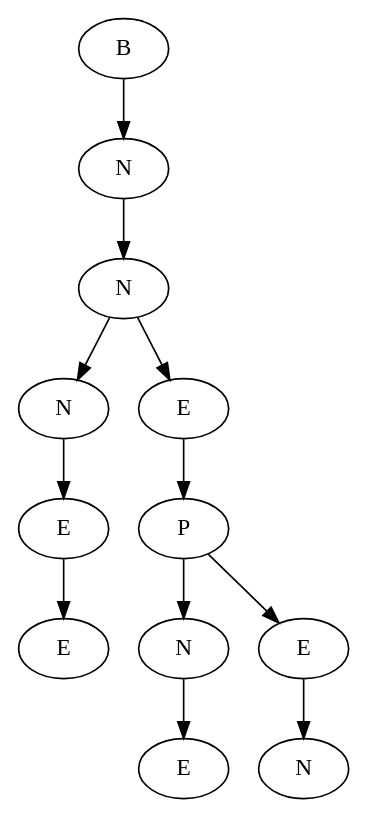
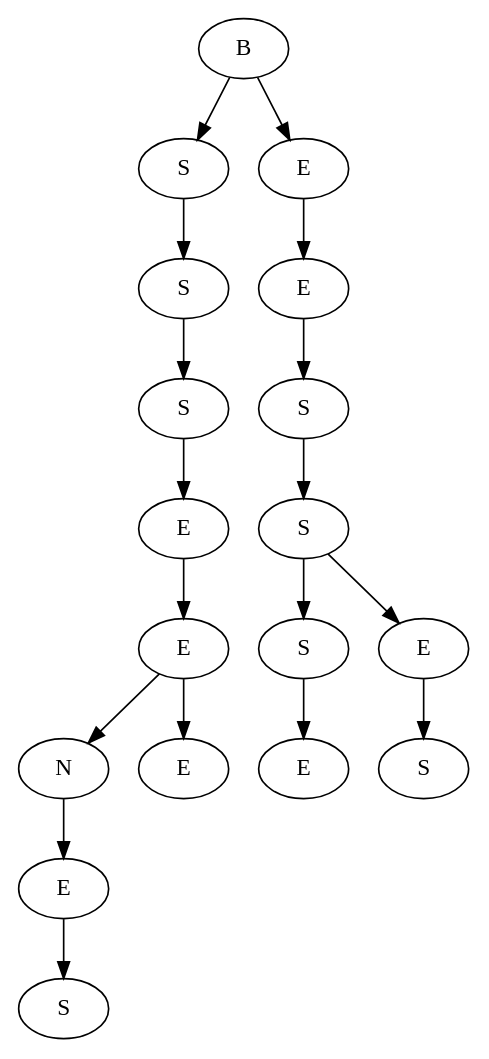
One commit to Iliyan0411/Data-Structures changed the diagram in Tom and Jerry/viz.dot. Above: the diagram before and after it, drawn with Graphviz. The commit also changed 11 other files, not shown here.

```diff
--- a/Tom and Jerry/viz.dot
+++ b/Tom and Jerry/viz.dot
@@ -1,25 +1,37 @@
 digraph G{
-7440200[label="E"]
-7439584[label="E"]
-7439584->7440200;
-7438968[label="N"]
-7438968->7439584;
-7440568[label="E"]
-7440472[label="N"]
-7440472->7440568;
-7440624[label="N"]
-7440160[label="E"]
-7440160->7440624;
-7440376[label="P"]
-7440376->7440472;
-7440376->7440160;
-7440288[label="E"]
-7440288->7440376;
-7438352[label="N"]
-7438352->7438968;
-7438352->7440288;
-7438288[label="N"]
-7438288->7438352;
-7434392[label="B"]
-7434392->7438288;
+17237320[label="S"]
+17288088[label="E"]
+17288088->17237320;
+17287472[label="N"]
+17287472->17288088;
+17284976[label="E"]
+17286856[label="E"]
+17286856->17287472;
+17286856->17284976;
+17286240[label="E"]
+17286240->17286856;
+17285624[label="S"]
+17285624->17286240;
+17285008[label="S"]
+17285008->17285624;
+17265288[label="S"]
+17265288->17285008;
+17288376[label="E"]
+17287016[label="S"]
+17287016->17288376;
+17288184[label="S"]
+17288400[label="E"]
+17288400->17288184;
+17288048[label="S"]
+17288048->17287016;
+17288048->17288400;
+17286912[label="S"]
+17286912->17288048;
+17286200[label="E"]
+17286200->17286912;
+17285584[label="E"]
+17285584->17286200;
+17265264[label="B"]
+17265264->17265288;
+17265264->17285584;
 }
```
